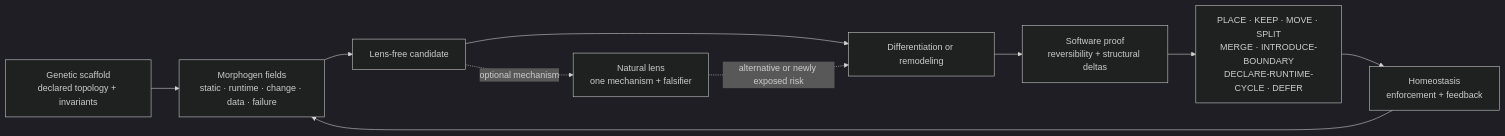
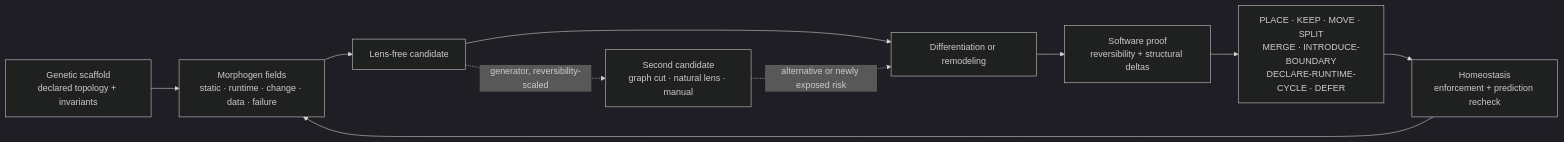
Before and after one commit to l-gevity/l-gevity-skills: the third of 3 diagrams in README.md, drawn with Mermaid (dark theme). The commit also changed other lines of this file and 17 other files, not shown here.

````diff
--- a/README.md
+++ b/README.md
@@ -169,16 +171,16 @@
 ```mermaid
 flowchart LR
     Scaffold["Genetic scaffold<br/>declared topology + invariants"]
     Fields["Morphogen fields<br/>static · runtime · change · data · failure"]
     Baseline["Lens-free candidate"]
-    Lens["Natural lens<br/>one mechanism + falsifier"]
+    Lens["Second candidate<br/>graph cut · natural lens · manual"]
     Evolution["Differentiation or remodeling"]
     Proof["Software proof<br/>reversibility + structural deltas"]
     Decision["PLACE · KEEP · MOVE · SPLIT<br/>MERGE · INTRODUCE-BOUNDARY<br/>DECLARE-RUNTIME-CYCLE · DEFER"]
-    Homeostasis["Homeostasis<br/>enforcement + feedback"]
+    Homeostasis["Homeostasis<br/>enforcement + prediction recheck"]
 
     Scaffold --> Fields --> Baseline --> Evolution --> Proof --> Decision --> Homeostasis
-    Baseline -. "optional mechanism" .-> Lens
+    Baseline -. "generator, reversibility-scaled" .-> Lens
     Lens -. "alternative or newly exposed risk" .-> Evolution
     Homeostasis --> Fields
 ```
````
